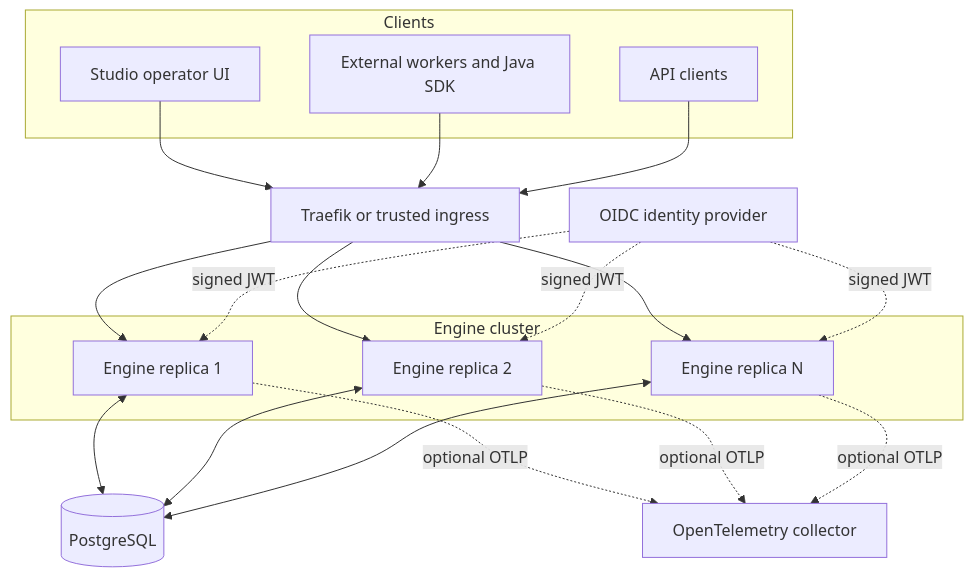
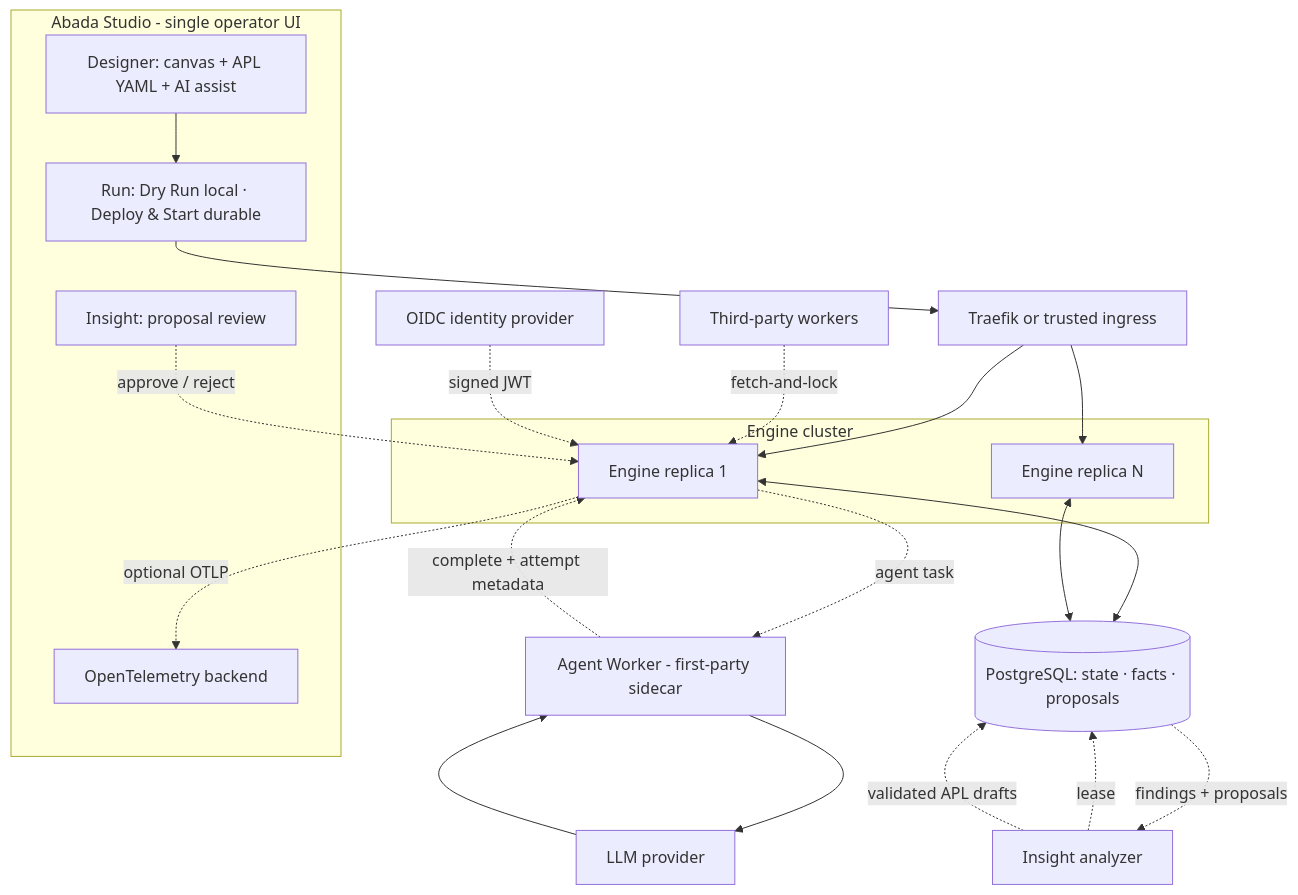
Before and after one commit to bashizip/abada-platform: the diagram in documentation/src/content/docs/architecture/index.mdx, drawn with Mermaid. The commit also changed other lines of this file and 54 other files, not shown here.

````diff
--- a/documentation/src/content/docs/architecture/index.mdx
+++ b/documentation/src/content/docs/architecture/index.mdx
@@ -12,33 +16,38 @@
 ```mermaid
 flowchart TB
-    subgraph Clients
-      S[Studio operator UI]
-      W[External workers and Java SDK]
-      A[API clients]
+    subgraph Authoring[Abada Studio - single operator UI]
+      D[Designer: canvas + APL YAML + AI assist]
+      R[Run: Dry Run local · Deploy & Start durable]
+      I[Insight: proposal review]
+      O[Operations: instances · worker health]
     end
-    P[Traefik or trusted ingress]
-    subgraph Engine cluster
+    subgraph EngineC[Engine cluster]
       E1[Engine replica 1]
-      E2[Engine replica 2]
       EN[Engine replica N]
     end
-    DB[(PostgreSQL)]
-    O[OpenTelemetry collector]
+    AW[Agent Worker - first-party sidecar]
+    W[Third-party workers]
+    DB[(PostgreSQL: state · facts · proposals)]
+    AN[Insight analyzer]
+    M[LLM provider]
+    P[Traefik or trusted ingress]
     IDP[OIDC identity provider]
 
-    S --> P
-    W --> P
-    A --> P
+    D --> R
+    R --> P
     P --> E1
-    P --> E2
     P --> EN
+    E1 <--> DB
+    EN <--> DB
+    E1 -. agent task .-> AW
+    AW --> M
+    M --> AW
+    AW -. complete + attempt metadata .-> E1
+    W -. fetch-and-lock .-> E1
+    AN -. lease .-> DB
+    DB -. findings + proposals .-> AN
+    AN -. validated APL drafts .-> DB
+    I -. approve / reject .-> E1
     IDP -. signed JWT .-> E1
-    IDP -. signed JWT .-> E2
-    IDP -. signed JWT .-> EN
-    E1 <--> DB
-    E2 <--> DB
-    EN <--> DB
-    E1 -. optional OTLP .-> O
-    E2 -. optional OTLP .-> O
-    EN -. optional OTLP .-> O
+    E1 -. optional OTLP .-> O[OpenTelemetry backend]
 ```
````
